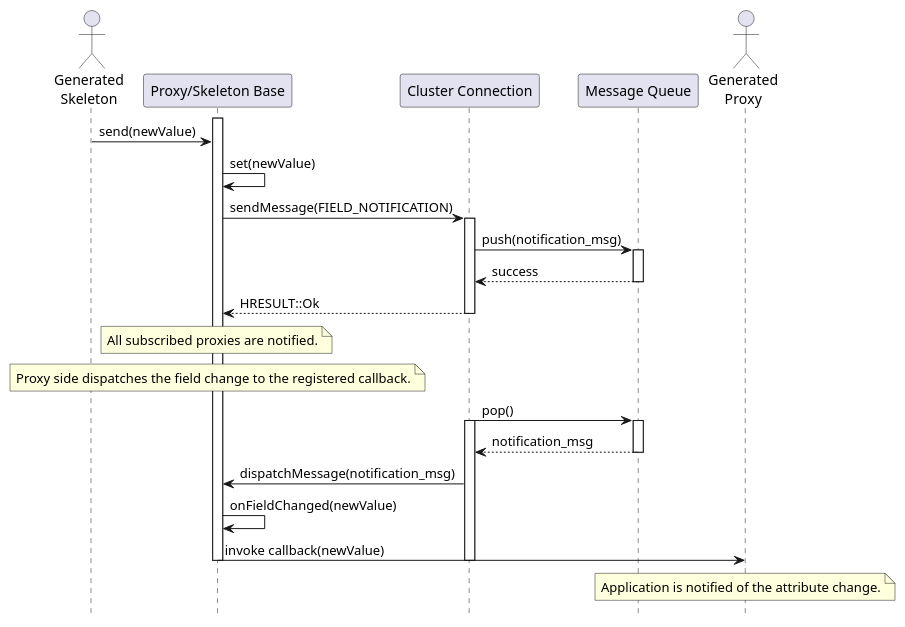
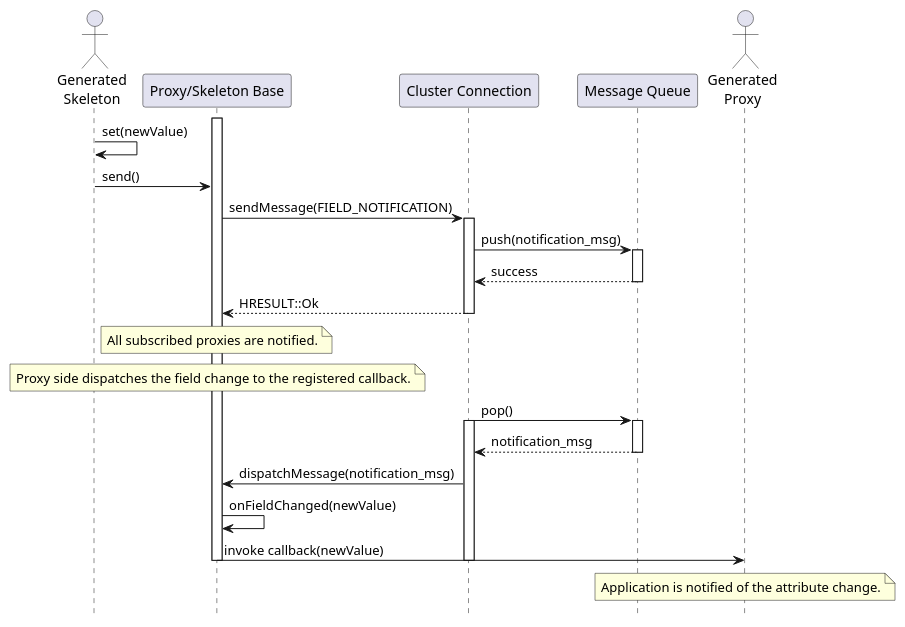
The diagram in libs/bsw/middleware/doc/arch/flows/attribute_access_change_notification_sequence.puml (eclipse-openbsw/openbsw), drawn with PlantUML before and after one commit. The commit also changed 16 other files, not shown here.

```diff
--- a/libs/bsw/middleware/doc/arch/flows/attribute_access_change_notification_sequence.puml
+++ b/libs/bsw/middleware/doc/arch/flows/attribute_access_change_notification_sequence.puml
@@ -11,44 +11,44 @@
 @startuml
 
 hide footbox
 
 actor "Generated\nSkeleton" as generated_skeleton
 participant "Proxy/Skeleton Base" as proxy_skeleton_base_unit
 participant "Cluster Connection" as cluster_connection_unit
 participant "Message Queue" as message_queue_unit
 actor "Generated\nProxy" as generated_proxy
 
 activate proxy_skeleton_base_unit
 
-generated_skeleton -> proxy_skeleton_base_unit : send(newValue)
-proxy_skeleton_base_unit -> proxy_skeleton_base_unit : set(newValue)
+generated_skeleton -> generated_skeleton : set(newValue)
+generated_skeleton -> proxy_skeleton_base_unit : send()
 proxy_skeleton_base_unit -> cluster_connection_unit : sendMessage(FIELD_NOTIFICATION)
 activate cluster_connection_unit
 cluster_connection_unit -> message_queue_unit : push(notification_msg)
 activate message_queue_unit
 message_queue_unit --> cluster_connection_unit : success
 deactivate message_queue_unit
 cluster_connection_unit --> proxy_skeleton_base_unit : HRESULT::Ok
 deactivate cluster_connection_unit
 
 note over proxy_skeleton_base_unit : All subscribed proxies are notified.
 
 note over proxy_skeleton_base_unit
   Proxy side dispatches the field change to the registered callback.
 end note
 
 cluster_connection_unit -> message_queue_unit : pop()
 activate cluster_connection_unit
 activate message_queue_unit
 message_queue_unit --> cluster_connection_unit : notification_msg
 deactivate message_queue_unit
 cluster_connection_unit -> proxy_skeleton_base_unit : dispatchMessage(notification_msg)
 proxy_skeleton_base_unit -> proxy_skeleton_base_unit : onFieldChanged(newValue)
 proxy_skeleton_base_unit -> generated_proxy : invoke callback(newValue)
 
 note over generated_proxy : Application is notified of the attribute change.
 
 deactivate cluster_connection_unit
 deactivate proxy_skeleton_base_unit
 
 @enduml
```
